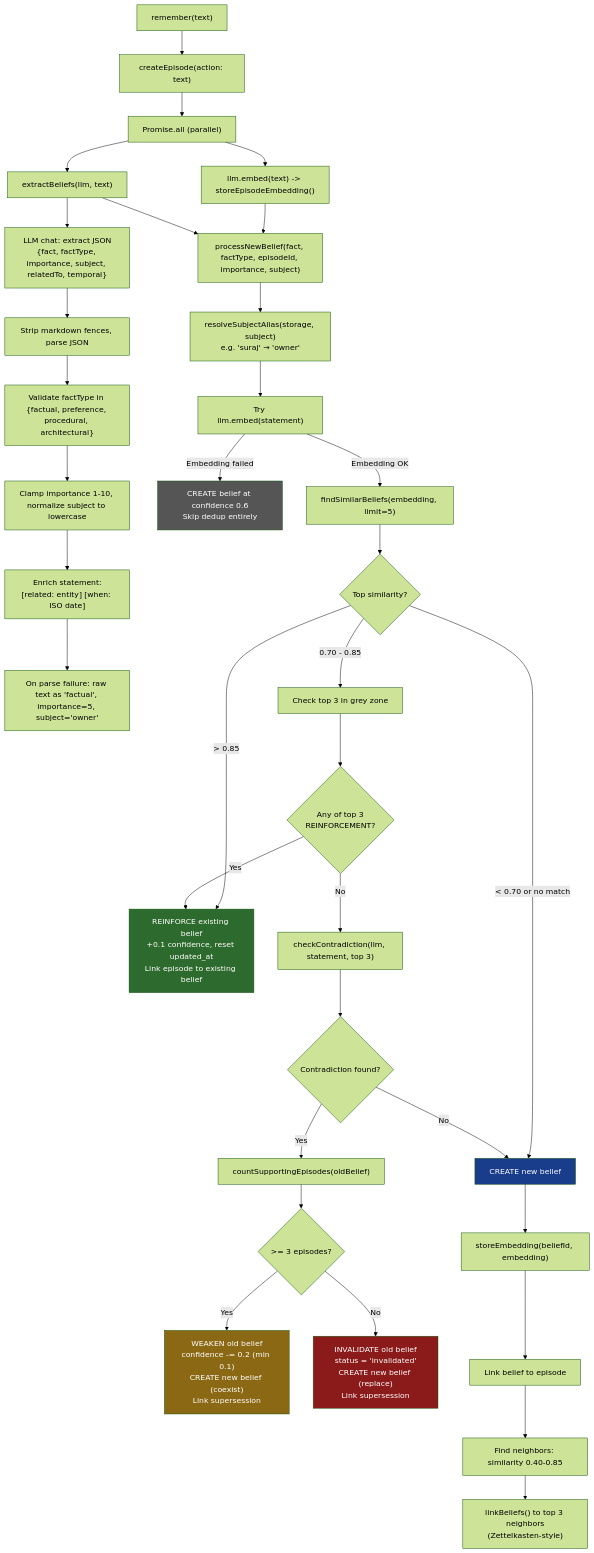
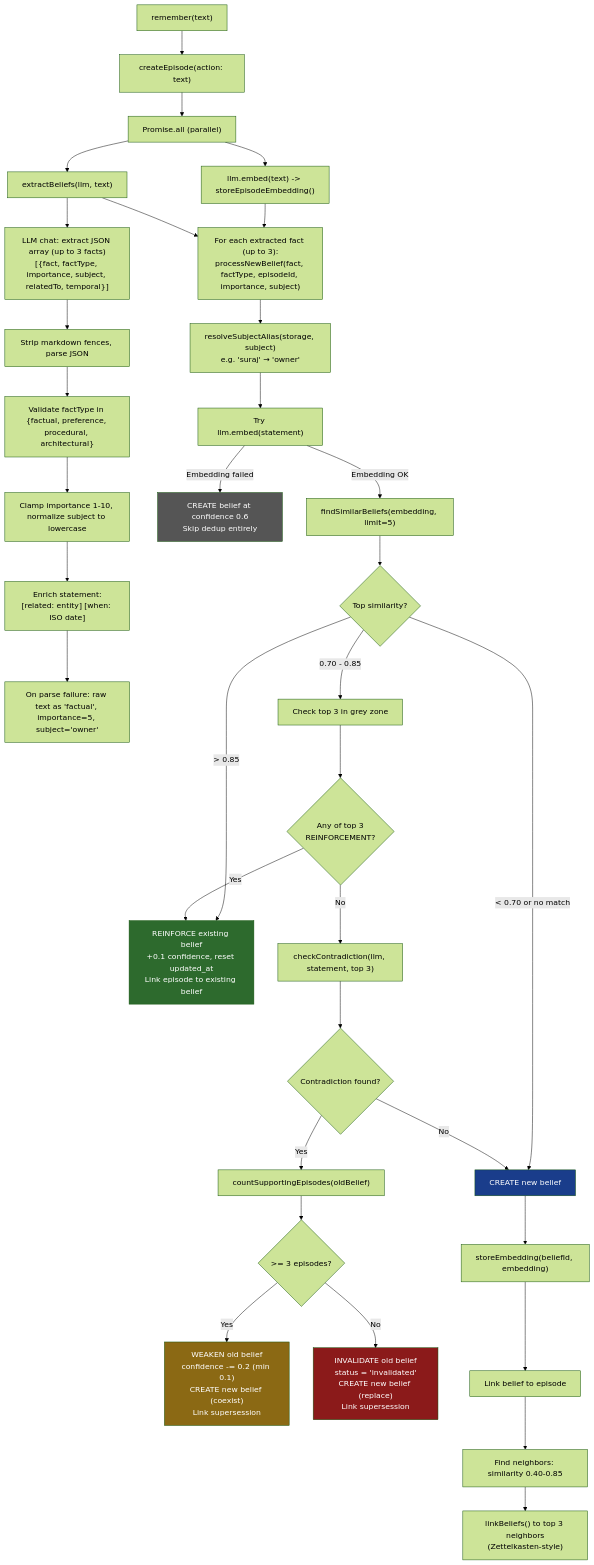
The first of 5 diagrams in docs/MEMORY-LIFECYCLE.md (devjarus/pai), drawn with Mermaid (forest theme) before and after one commit. The commit also changed 2 other files, not shown here.

Commit message:
docs: update all docs for multi-fact, subject matching, digest loop, scheduling
CHANGELOG: Added multi-fact extraction, better subject matching,
time-of-day digests, digest knowledge feedback loop, knowledge
accumulation cap.

ARCHITECTURE: Updated remember() to show array extraction (up to 3),
subject matching with possessive stripping + alias resolution,
knowledge feedback loop section, time-of-day scheduling option.

MEMORY-LIFECYCLE: Updated flowchart for array extraction and
per-fact processing loop.

````diff
--- a/docs/MEMORY-LIFECYCLE.md
+++ b/docs/MEMORY-LIFECYCLE.md
@@ -11,50 +11,50 @@
 ```mermaid
 flowchart TD
     A["remember(text)"] --> B["createEpisode(action: text)"]
     B --> C["Promise.all (parallel)"]
     C --> D["llm.embed(text) -> storeEpisodeEmbedding()"]
     C --> E["extractBeliefs(llm, text)"]
 
-    E --> E1["LLM chat: extract JSON\n{fact, factType, importance, subject, relatedTo, temporal}"]
+    E --> E1["LLM chat: extract JSON array (up to 3 facts)\n[{fact, factType, importance, subject, relatedTo, temporal}]"]
     E1 --> E2["Strip markdown fences, parse JSON"]
     E2 --> E3["Validate factType in {factual, preference, procedural, architectural}"]
     E3 --> E4["Clamp importance 1-10, normalize subject to lowercase"]
     E4 --> E4a["Enrich statement:\n[related: entity] [when: ISO date]"]
     E4a --> E5["On parse failure: raw text as 'factual', importance=5, subject='owner'"]
 
-    D --> F["processNewBelief(fact, factType, episodeId, importance, subject)"]
+    D --> F["For each extracted fact (up to 3):\nprocessNewBelief(fact, factType, episodeId, importance, subject)"]
     E --> F
 
     F --> F0["resolveSubjectAlias(storage, subject)\ne.g. 'suraj' → 'owner'"]
     F0 --> G["Try llm.embed(statement)"]
     G -->|Embedding failed| H["CREATE belief at confidence 0.6\nSkip dedup entirely"]
     G -->|Embedding OK| I["findSimilarBeliefs(embedding, limit=5)"]
 
     I --> J{Top similarity?}
     J -->|"> 0.85"| K["REINFORCE existing belief\n+0.1 confidence, reset updated_at\nLink episode to existing belief"]
     J -->|"0.70 - 0.85"| L["Check top 3 in grey zone"]
     J -->|"< 0.70 or no match"| M["CREATE new belief"]
 
     L --> L1{"Any of top 3\nREINFORCEMENT?"}
     L1 -->|Yes| K
     L1 -->|No| L2["checkContradiction(llm, statement, top 3)"]
     L2 --> N{Contradiction found?}
     N -->|No| M
     N -->|Yes| O["countSupportingEpisodes(oldBelief)"]
 
     O --> P{">= 3 episodes?"}
     P -->|Yes| Q["WEAKEN old belief\nconfidence -= 0.2 (min 0.1)\nCREATE new belief (coexist)\nLink supersession"]
     P -->|No| R["INVALIDATE old belief\nstatus = 'invalidated'\nCREATE new belief (replace)\nLink supersession"]
 
     M --> S["storeEmbedding(beliefId, embedding)"]
     S --> T["Link belief to episode"]
     T --> U["Find neighbors: similarity 0.40-0.85"]
     U --> V["linkBeliefs() to top 3 neighbors\n(Zettelkasten-style)"]
 
     style K fill:#2d6a2d,color:#fff
     style Q fill:#8b6914,color:#fff
     style R fill:#8b1a1a,color:#fff
     style M fill:#1a3d8b,color:#fff
     style H fill:#555,color:#fff
 
 ```
````
